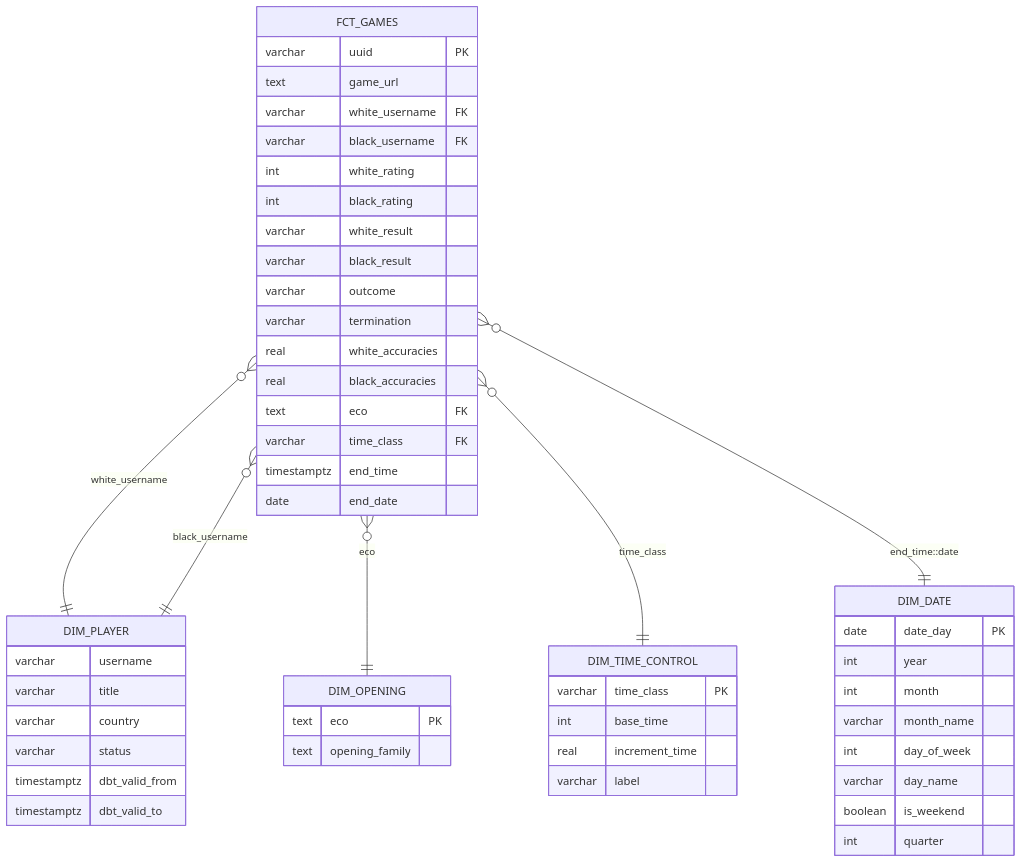
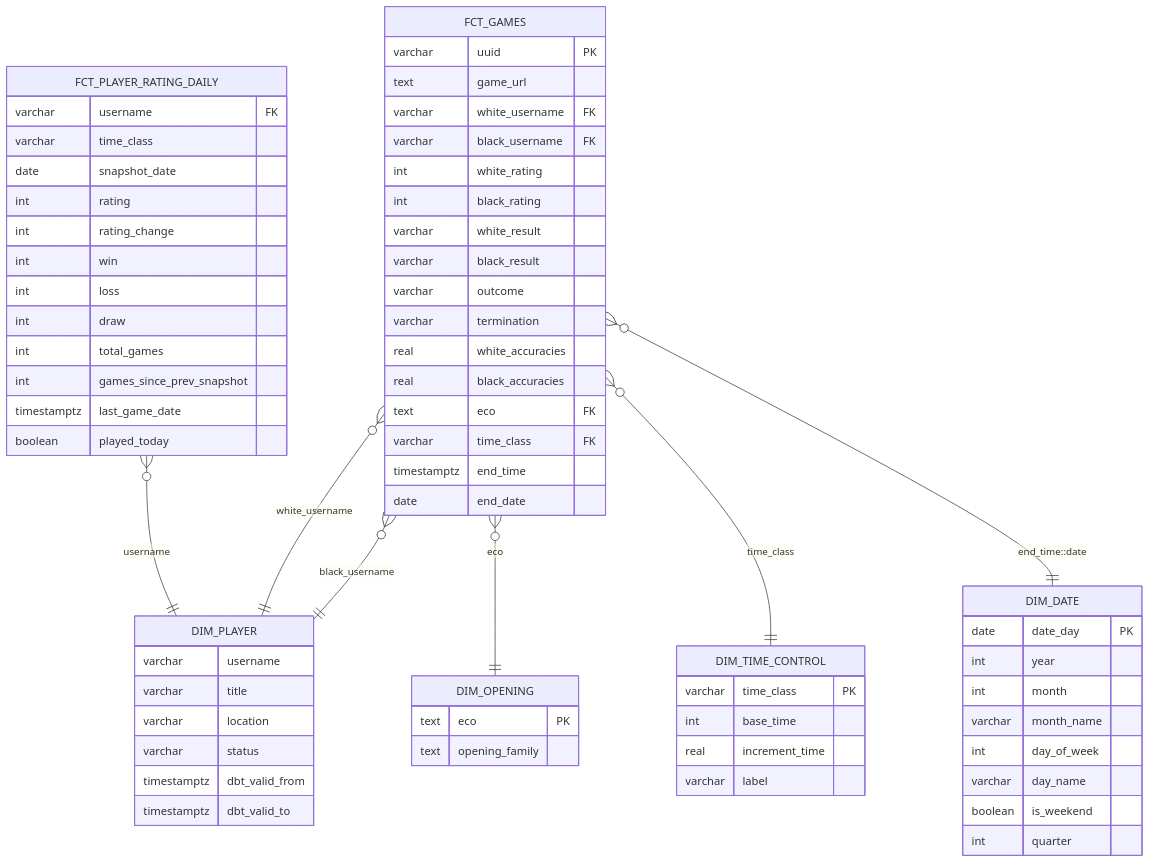
One commit to Stenzyz/chess-elt-pipeline changed the diagram in docs/star_schema.md. Above: the diagram before and after it, drawn with Mermaid. The commit also changed other lines of this file, not shown here.

Commit message:
Update star schema doc: add second fact table, fix dim_player field name

````diff
--- a/docs/star_schema.md
+++ b/docs/star_schema.md
@@ -9,59 +10,75 @@
 ```mermaid
 erDiagram
     FCT_GAMES }o--|| DIM_PLAYER : "white_username"
     FCT_GAMES }o--|| DIM_PLAYER : "black_username"
     FCT_GAMES }o--|| DIM_OPENING : "eco"
     FCT_GAMES }o--|| DIM_TIME_CONTROL : "time_class"
     FCT_GAMES }o--|| DIM_DATE : "end_time::date"
+    FCT_PLAYER_RATING_DAILY }o--|| DIM_PLAYER : "username"
 
     FCT_GAMES {
         varchar uuid PK
         text game_url
         varchar white_username FK
         varchar black_username FK
         int white_rating
         int black_rating
         varchar white_result
         varchar black_result
         varchar outcome
         varchar termination
         real white_accuracies
         real black_accuracies
         text eco FK
         varchar time_class FK
         timestamptz end_time
         date end_date
     }
 
+    FCT_PLAYER_RATING_DAILY {
+        varchar username FK
+        varchar time_class
+        date snapshot_date
+        int rating
+        int rating_change
+        int win
+        int loss
+        int draw
+        int total_games
+        int games_since_prev_snapshot
+        timestamptz last_game_date
+        boolean played_today
+    }
+
     DIM_TIME_CONTROL {
         varchar time_class PK
         int base_time
         real increment_time
         varchar label
     }
 
     DIM_PLAYER {
         varchar username
         varchar title
-        varchar country
+        varchar location
         varchar status
         timestamptz dbt_valid_from
         timestamptz dbt_valid_to
     }
 
     DIM_OPENING {
         text eco PK
         text opening_family
     }
 
     DIM_DATE {
         date date_day PK
         int year
         int month
         varchar month_name
         int day_of_week
         varchar day_name
         boolean is_weekend
         int quarter
     }
 ```
````
